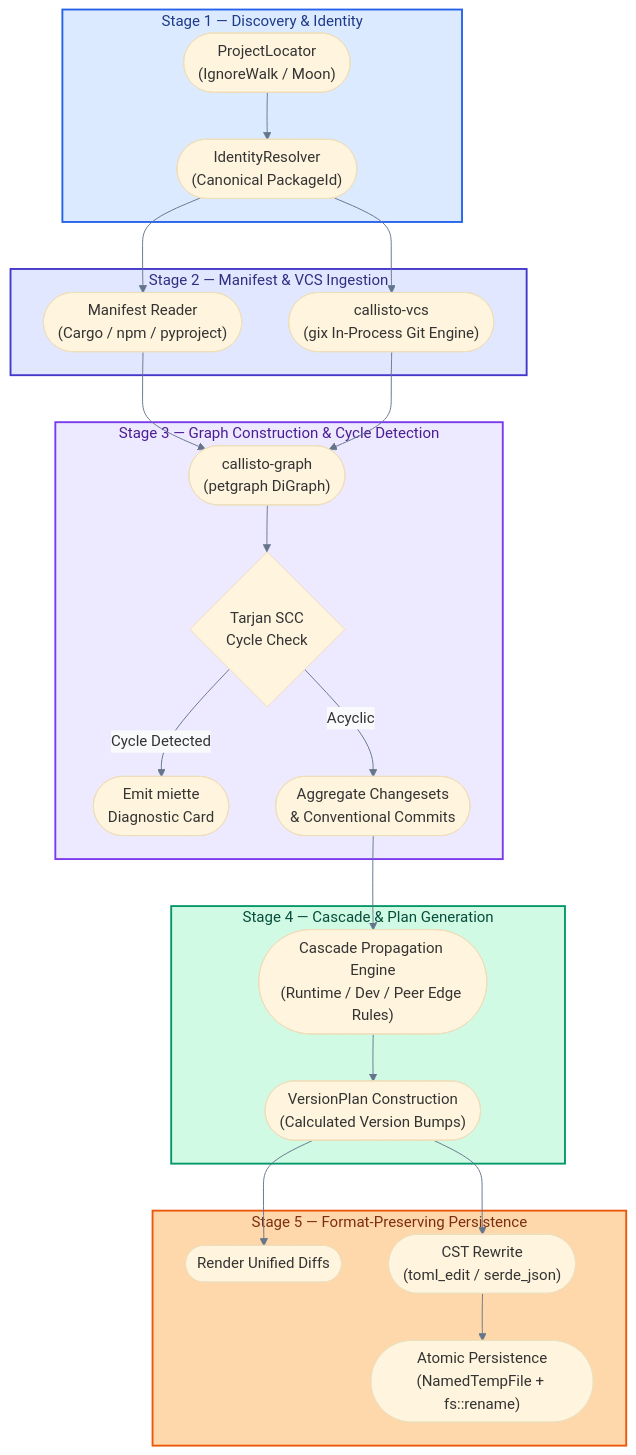
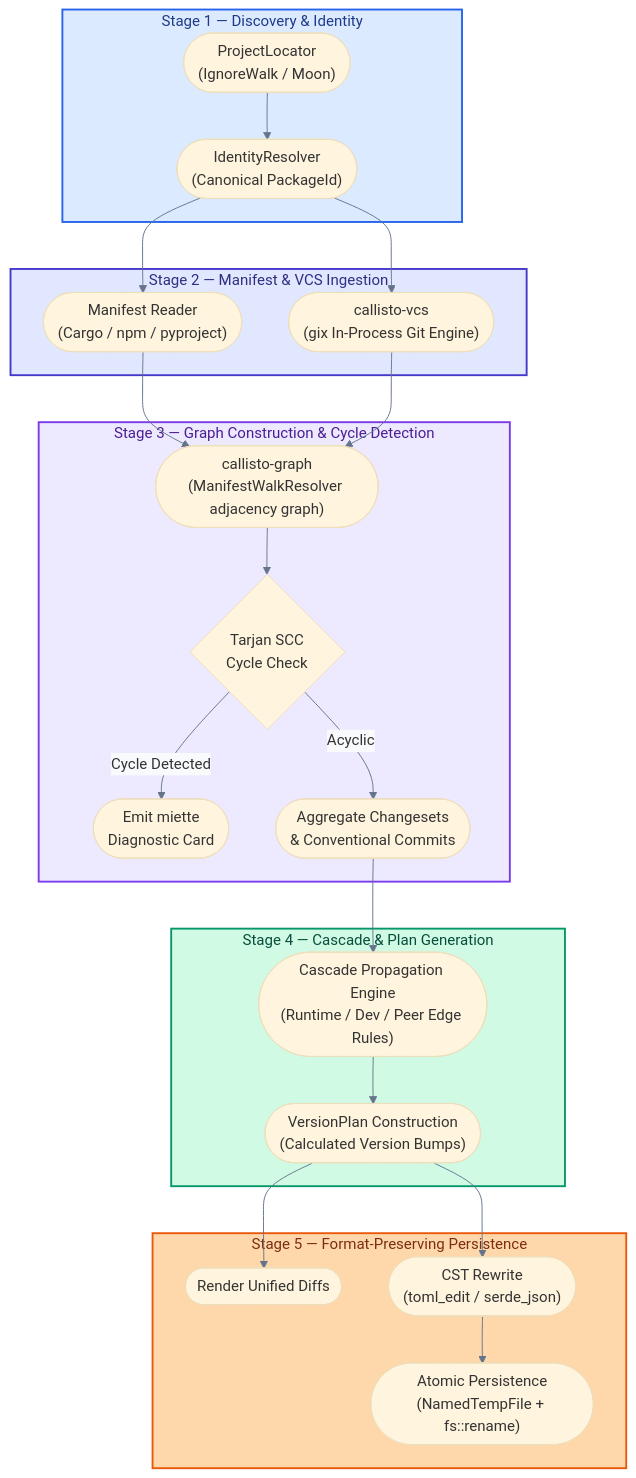
One commit to orin-dx/callisto changed the first of 4 diagrams in ARCHITECTURE.md. Above: the diagram before and after it, drawn with Mermaid. The commit also changed other lines of this file, not shown here.

First line of the commit message:
docs(architecture): fix factual errors in ARCHITECTURE.md

````diff
--- a/ARCHITECTURE.md
+++ b/ARCHITECTURE.md
@@ -29,37 +29,37 @@
 ```mermaid
 %%{init: {'theme': 'base', 'themeVariables': {'lineColor': '#64748b', 'edgeLabelBackground': '#f8fafc', 'fontFamily': 'ui-sans-serif, system-ui, sans-serif'}}}%%
 flowchart TB
     subgraph Stage1 ["Stage 1 — Discovery & Identity"]
         PL(["ProjectLocator<br/>(IgnoreWalk / Moon)"]) --> IR(["IdentityResolver<br/>(Canonical PackageId)"])
     end
 
     subgraph Stage2 ["Stage 2 — Manifest & VCS Ingestion"]
         IR --> MR(["Manifest Reader<br/>(Cargo / npm / pyproject)"])
         IR --> VCS(["callisto-vcs<br/>(gix In-Process Git Engine)"])
     end
 
     subgraph Stage3 ["Stage 3 — Graph Construction & Cycle Detection"]
-        MR --> DAG(["callisto-graph<br/>(petgraph DiGraph)"])
+        MR --> DAG(["callisto-graph<br/>(ManifestWalkResolver adjacency graph)"])
         VCS --> DAG
         DAG --> SCC{"Tarjan SCC<br/>Cycle Check"}
         SCC -- "Cycle Detected" --> Err(["Emit miette<br/>Diagnostic Card"])
         SCC -- "Acyclic" --> Agg(["Aggregate Changesets<br/>& Conventional Commits"])
     end
 
     subgraph Stage4 ["Stage 4 — Cascade & Plan Generation"]
         Agg --> Cascade(["Cascade Propagation Engine<br/>(Runtime / Dev / Peer Edge Rules)"])
         Cascade --> Plan(["VersionPlan Construction<br/>(Calculated Version Bumps)"])
     end
 
     subgraph Stage5 ["Stage 5 — Format-Preserving Persistence"]
         Plan --> Diff(["Render Unified Diffs"])
         Plan --> AST(["CST Rewrite<br/>(toml_edit / serde_json)"])
         AST --> Atomic(["Atomic Persistence<br/>(NamedTempFile + fs::rename)"])
     end
 
     style Stage1 fill:#dbeafe,stroke:#2563eb,stroke-width:2px,color:#1e3a8a
     style Stage2 fill:#e0e7ff,stroke:#4338ca,stroke-width:2px,color:#312e81
     style Stage3 fill:#ede9fe,stroke:#7c3aed,stroke-width:2px,color:#4c1d95
     style Stage4 fill:#d1fae5,stroke:#059669,stroke-width:2px,color:#064e3b
     style Stage5 fill:#fed7aa,stroke:#ea580c,stroke-width:2px,color:#7c2d12
 ```
````
